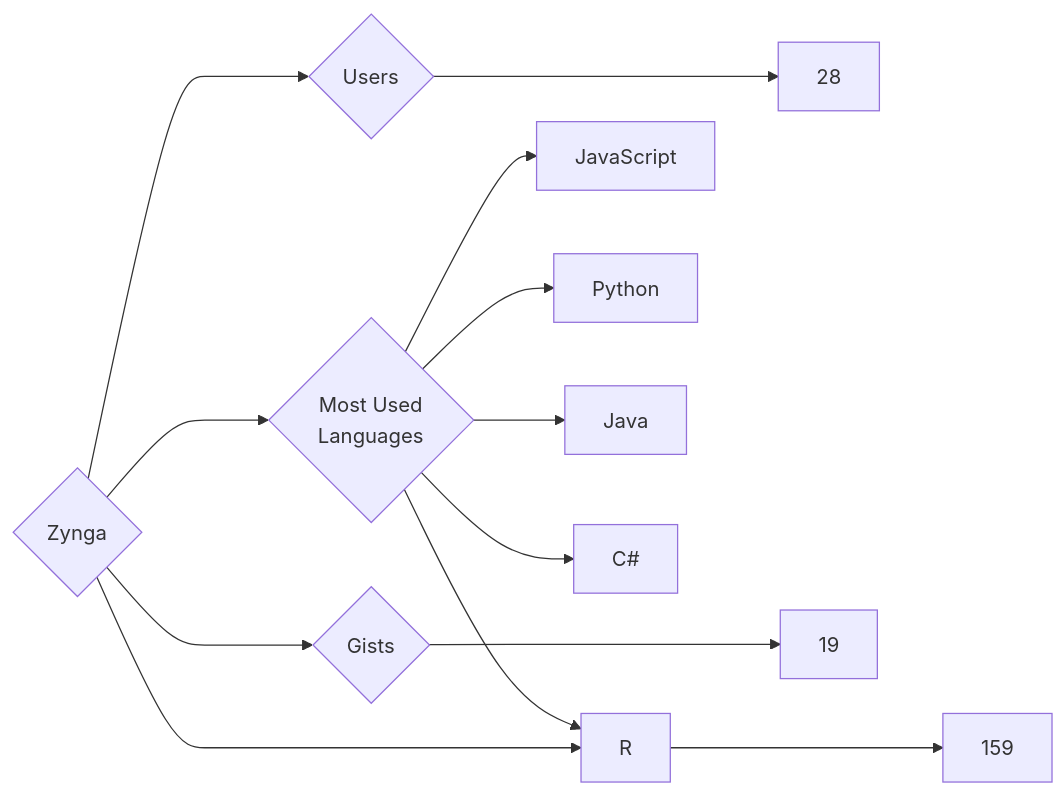
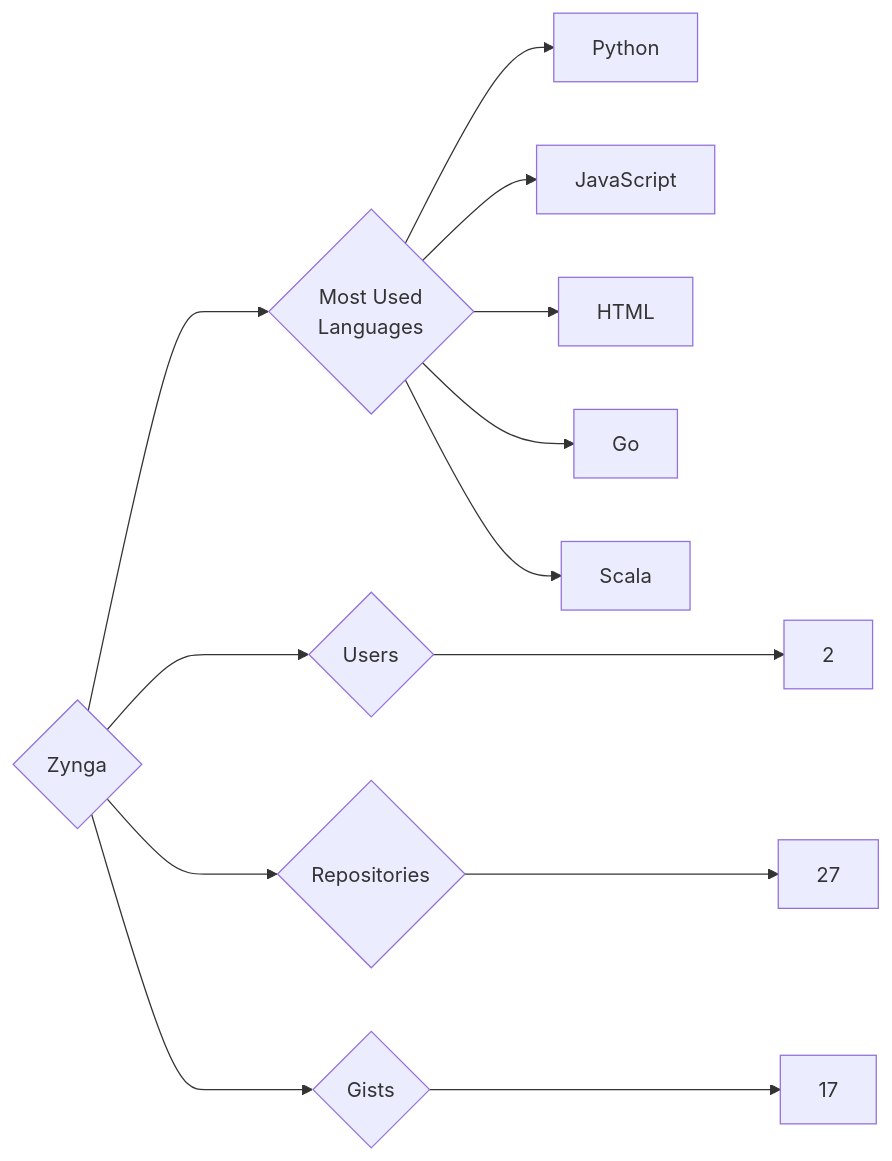
Before and after one commit to trickest/insiders: the diagram in targets/Zynga/README.md, drawn with Mermaid. The commit also changed 877 other files, not shown here.

````diff
--- a/targets/Zynga/README.md
+++ b/targets/Zynga/README.md
@@ -3,13 +3,13 @@
 ```mermaid
 graph LR
 COMPANY_NAME{Zynga}
-COMPANY_NAME ---> U{Users} ---> UN[28]
-COMPANY_NAME ---> R{Repositories} ---> RN[159]
-COMPANY_NAME ---> G{Gists} ---> GN[19]
+COMPANY_NAME ---> U{Users} ---> UN[2]
+COMPANY_NAME ---> R{Repositories} ---> RN[27]
+COMPANY_NAME ---> G{Gists} ---> GN[17]
 COMPANY_NAME ---> ML{Most Used<br>Languages}
+ML --> Python[Python]
 ML --> JavaScript[JavaScript]
-ML --> Python[Python]
-ML --> Java[Java]
-ML --> C#[C#]
-ML --> R[R]
+ML --> HTML[HTML]
+ML --> Go[Go]
+ML --> Scala[Scala]
 ```
````
